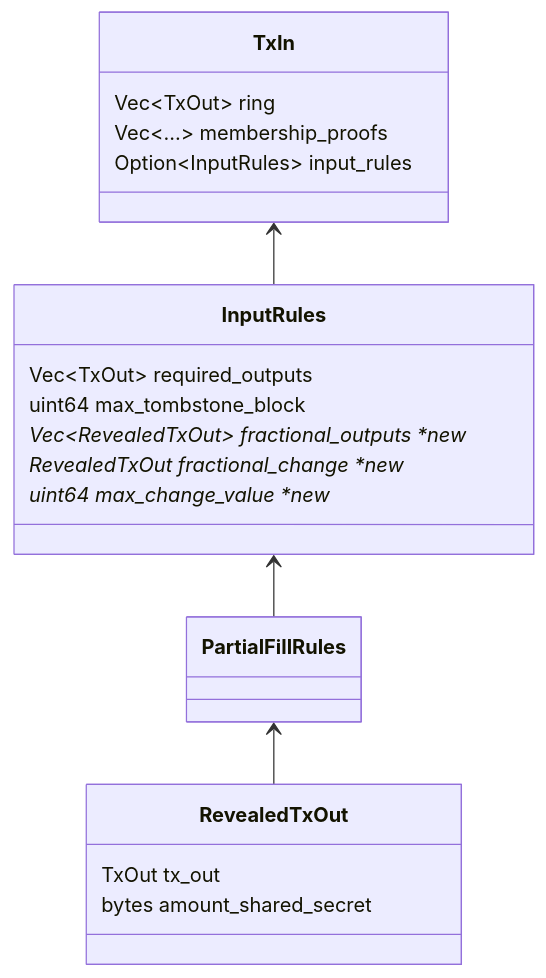
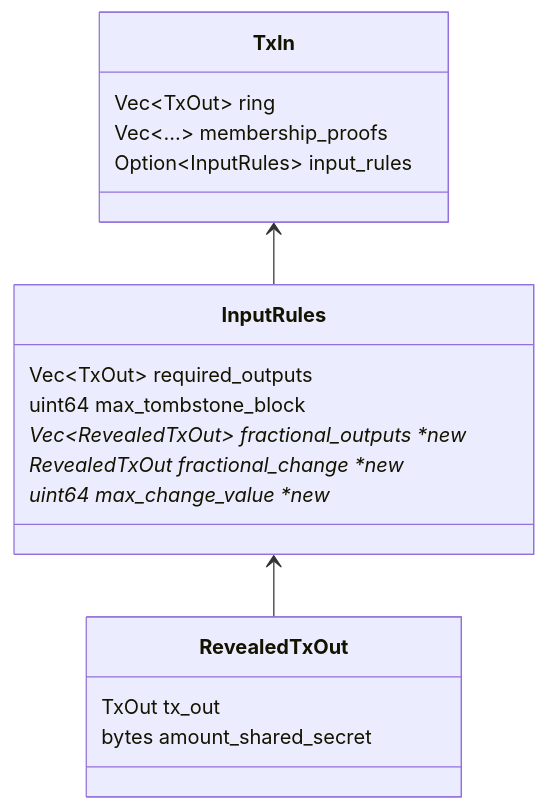
The third of 3 diagrams in text/0042-partial-fill-rules.md (mobilecoinfoundation/mcips), drawn with Mermaid before and after one commit.

Commit message:
fixup mermaid

````diff
--- a/text/0042-partial-fill-rules.md
+++ b/text/0042-partial-fill-rules.md
@@ -75,20 +75,19 @@
 ```mermaid
 classDiagram
 direction BT
 InputRules --> TxIn
-PartialFillRules --> InputRules
-RevealedTxOut --> PartialFillRules
+RevealedTxOut --> InputRules
 
 TxIn: Vec~TxOut~ ring
 TxIn: Vec~...~ membership_proofs
 TxIn: Option~InputRules~ input_rules
 
 InputRules: Vec~TxOut~ required_outputs
 InputRules: uint64 max_tombstone_block
 InputRules: Vec~RevealedTxOut~ fractional_outputs *new*
 InputRules: RevealedTxOut fractional_change *new*
 InputRules: uint64 max_change_value *new*
 
 RevealedTxOut: TxOut tx_out
 RevealedTxOut: bytes amount_shared_secret
 ```
````
